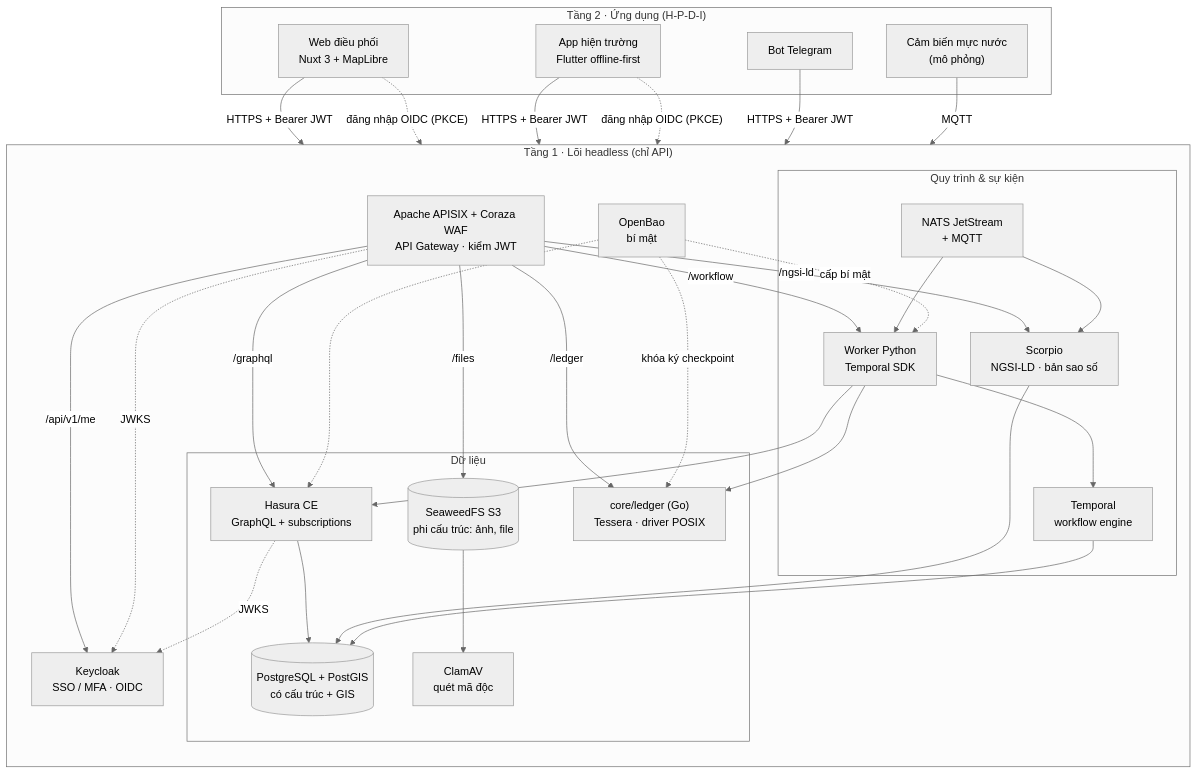
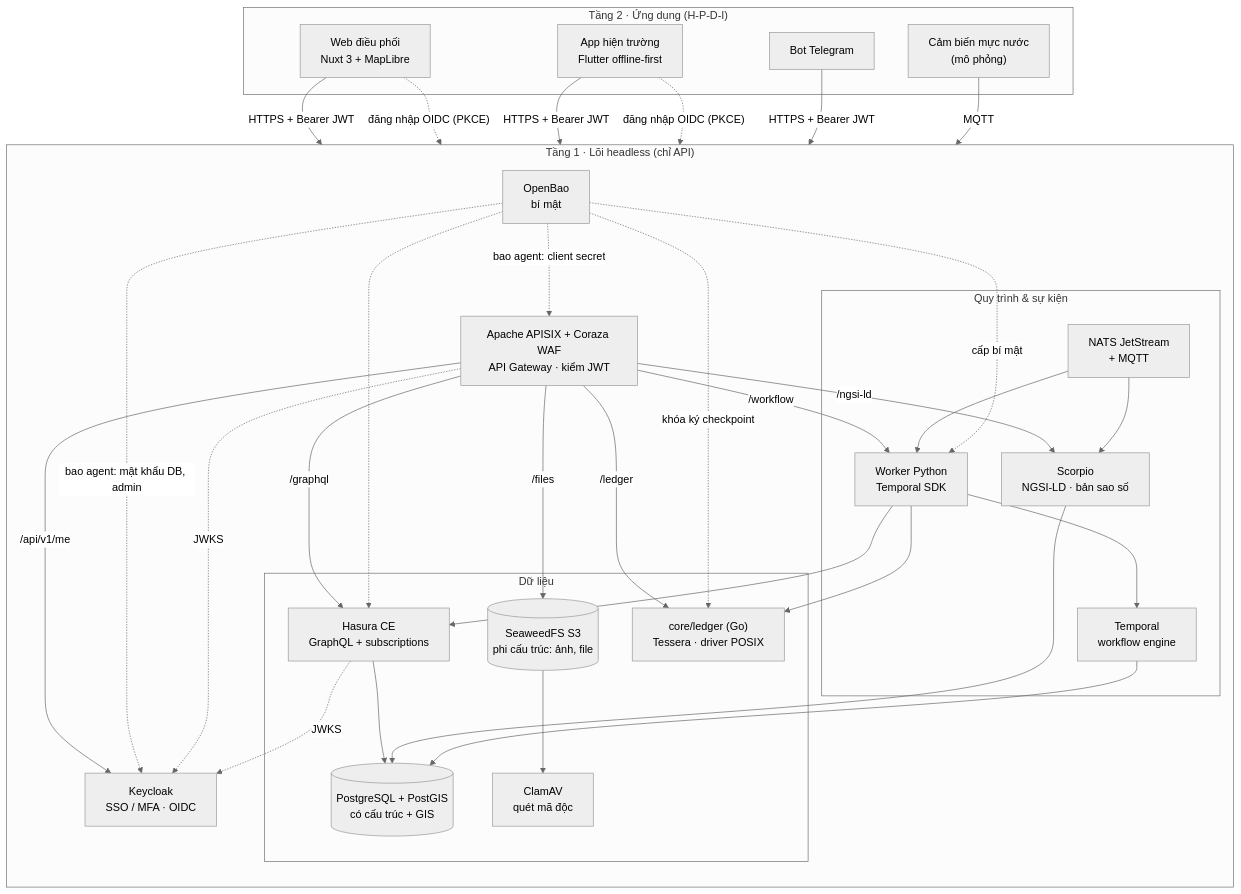
Before and after one commit to disaster-dxos/disaster-dxos: the first of 7 diagrams in docs/architecture.md, drawn with Mermaid (neutral theme). The commit also changed other lines of this file and 22 other files, not shown here.

First line of the commit message:
feat(openbao): chạy OpenBao chế độ server, dịch vụ lõi lấy bí mật qua bao agent (#14)

````diff
--- a/docs/architecture.md
+++ b/docs/architecture.md
@@ -12,57 +12,59 @@
 ```mermaid
 flowchart TB
   subgraph T2["Tầng 2 · Ứng dụng (H-P-D-I)"]
     WEB["Web điều phối<br/>Nuxt 3 + MapLibre"]
     APP["App hiện trường<br/>Flutter offline-first"]
     BOT["Bot Telegram"]
     SENSOR["Cảm biến mực nước<br/>(mô phỏng)"]
   end
 
   subgraph T1["Tầng 1 · Lõi headless (chỉ API)"]
     direction TB
     GW["Apache APISIX + Coraza WAF<br/>API Gateway · kiểm JWT"]
     KC["Keycloak<br/>SSO / MFA · OIDC"]
     BAO["OpenBao<br/>bí mật"]
 
     subgraph DATA["Dữ liệu"]
       PG[("PostgreSQL + PostGIS<br/>có cấu trúc + GIS")]
       HS["Hasura CE<br/>GraphQL + subscriptions"]
       SW[("SeaweedFS S3<br/>phi cấu trúc: ảnh, file")]
       AV["ClamAV<br/>quét mã độc"]
       TL["core/ledger (Go)<br/>Tessera · driver POSIX"]
     end
 
     subgraph FLOW["Quy trình & sự kiện"]
       TP["Temporal<br/>workflow engine"]
       WK["Worker Python<br/>Temporal SDK"]
       NATS["NATS JetStream<br/>+ MQTT"]
       SC["Scorpio<br/>NGSI-LD · bản sao số"]
     end
   end
 
   WEB & APP & BOT -->|"HTTPS + Bearer JWT"| GW
   WEB & APP -.->|"đăng nhập OIDC (PKCE)"| KC
   SENSOR -->|"MQTT"| NATS
 
   GW -->|"/api/v1/me"| KC
   GW -->|"/graphql"| HS
   GW -->|"/files"| SW
   GW -->|"/workflow"| WK
   GW -->|"/ngsi-ld"| SC
   GW -->|"/ledger"| TL
 
   HS --> PG
   SC --> PG
   TP --> PG
   WK --> TP
   WK --> HS
   WK --> TL
   SW --> AV
   NATS --> WK
   NATS --> SC
+  BAO -.->|"bao agent: mật khẩu DB, admin"| KC
+  BAO -.->|"bao agent: client secret"| GW
   BAO -.->|"cấp bí mật"| WK
   BAO -.-> HS
   BAO -.->|"khóa ký checkpoint"| TL
   GW -.->|"JWKS"| KC
   HS -.->|"JWKS"| KC
 ```
````
